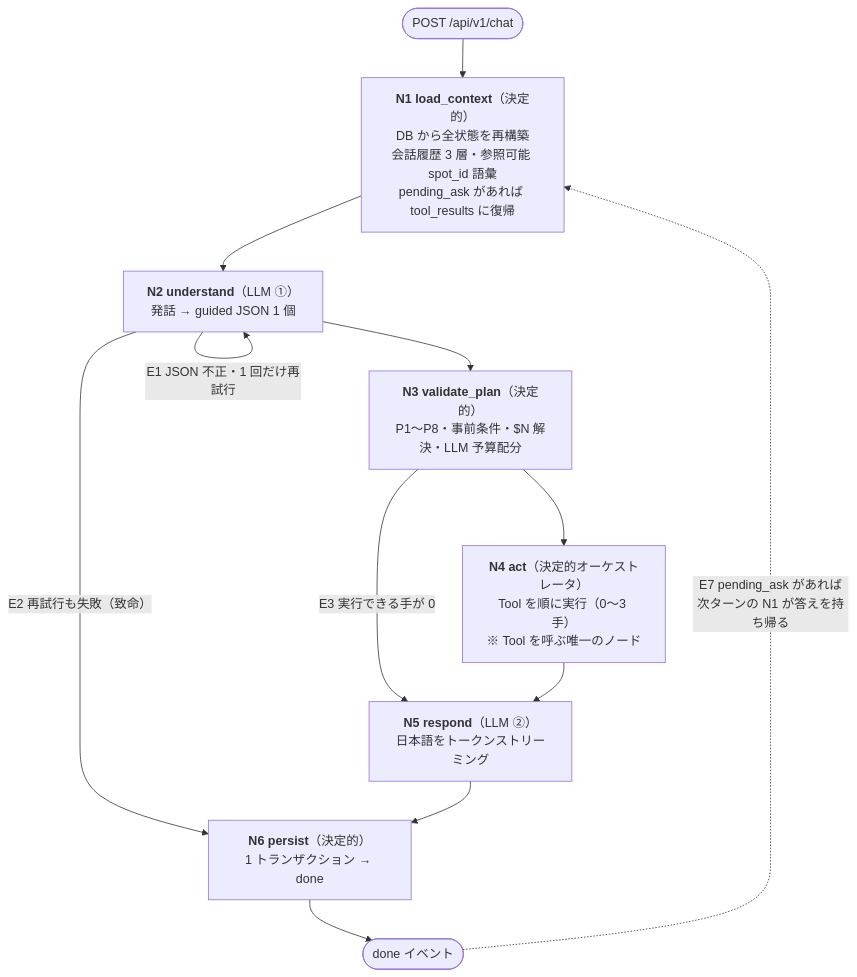
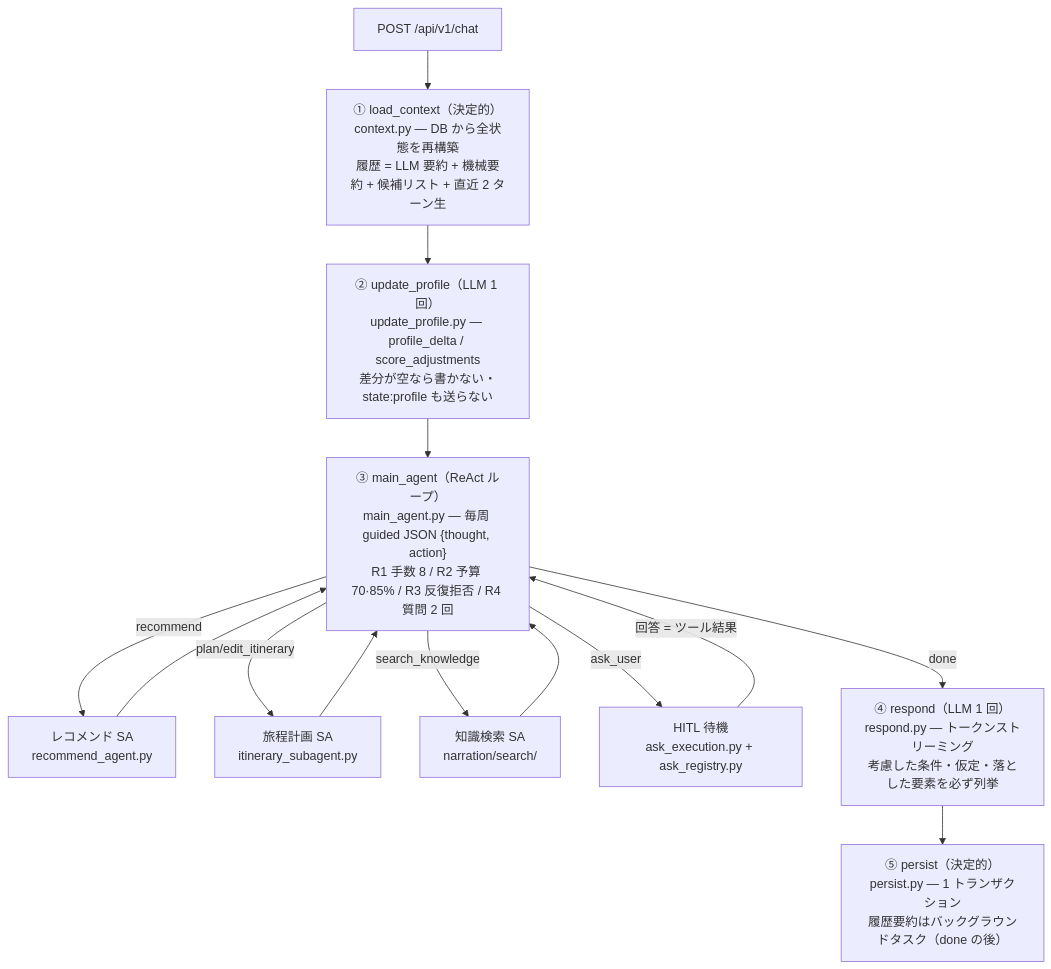
One commit to TakaJun02/Cairn changed the second of 3 diagrams in Docs/24_architecture_as_built.md. Above: the diagram before and after it, drawn with Mermaid. The commit also changed other lines of this file and 5 other files, not shown here.

First line of the commit message:
docs: 24_architecture_as_built を ReAct 構成で再執筆し、残存問題を 25_known_issues に集約

````diff
--- a/Docs/24_architecture_as_built.md
+++ b/Docs/24_architecture_as_built.md
@@ -171,22 +104,16 @@
 ```mermaid
-flowchart TB
-  START(["POST /api/v1/chat"]) --> N1
-
-  N1["<b>N1 load_context</b>（決定的）<br/>DB から全状態を再構築<br/>会話履歴 3 層・参照可能 spot_id 語彙<br/>pending_ask があれば tool_results に復帰"]
-  N2["<b>N2 understand</b>（LLM ①）<br/>発話 → guided JSON 1 個"]
-  N3["<b>N3 validate_plan</b>（決定的）<br/>P1〜P8・事前条件・$N 解決・LLM 予算配分"]
-  N4["<b>N4 act</b>（決定的オーケストレータ）<br/>Tool を順に実行（0〜3 手）<br/>※ Tool を呼ぶ唯一のノード"]
-  N5["<b>N5 respond</b>（LLM ②）<br/>日本語をトークンストリーミング"]
-  N6["<b>N6 persist</b>（決定的）<br/>1 トランザクション → done"]
-
-  N1 --> N2
-  N2 -->|"E1 JSON 不正・1 回だけ再試行"| N2
-  N2 -->|"E2 再試行も失敗（致命）"| N6
-  N2 --> N3
-  N3 -->|"E3 実行できる手が 0"| N5
-  N3 --> N4
-  N4 --> N5
-  N5 --> N6
-  N6 --> DONE(["done イベント"])
-  DONE -.->|"E7 pending_ask があれば<br/>次ターンの N1 が答えを持ち帰る"| N1
+flowchart TD
+  A["POST /api/v1/chat"] --> S1["① load_context（決定的）<br/>context.py — DB から全状態を再構築<br/>履歴 = LLM 要約 + 機械要約 + 候補リスト + 直近 2 ターン生"]
+  S1 --> S2["② update_profile（LLM 1 回）<br/>update_profile.py — profile_delta / score_adjustments<br/>差分が空なら書かない・state:profile も送らない"]
+  S2 --> S3["③ main_agent（ReAct ループ）<br/>main_agent.py — 毎周 guided JSON {thought, action}<br/>R1 手数 8 / R2 予算 70·85% / R3 反復拒否 / R4 質問 2 回"]
+  S3 -->|"recommend"| T1["レコメンド SA<br/>recommend_agent.py"]
+  S3 -->|"plan/edit_itinerary"| T2["旅程計画 SA<br/>itinerary_subagent.py"]
+  S3 -->|"search_knowledge"| T3["知識検索 SA<br/>narration/search/"]
+  S3 -->|"ask_user"| HIL["HITL 待機<br/>ask_execution.py + ask_registry.py"]
+  T1 --> S3
+  T2 --> S3
+  T3 --> S3
+  HIL -->|"回答 = ツール結果"| S3
+  S3 -->|"done"| S4["④ respond（LLM 1 回）<br/>respond.py — トークンストリーミング<br/>考慮した条件・仮定・落とした要素を必ず列挙"]
+  S4 --> S5["⑤ persist（決定的）<br/>persist.py — 1 トランザクション<br/>履歴要約はバックグラウンドタスク（done の後）"]
 ```
````
